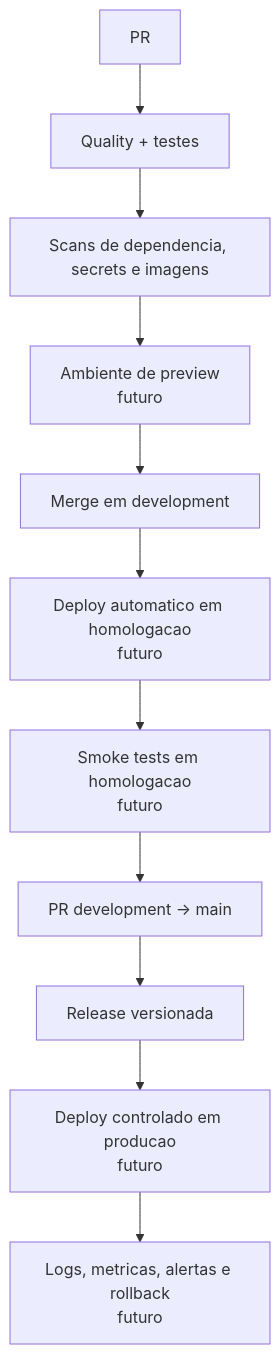
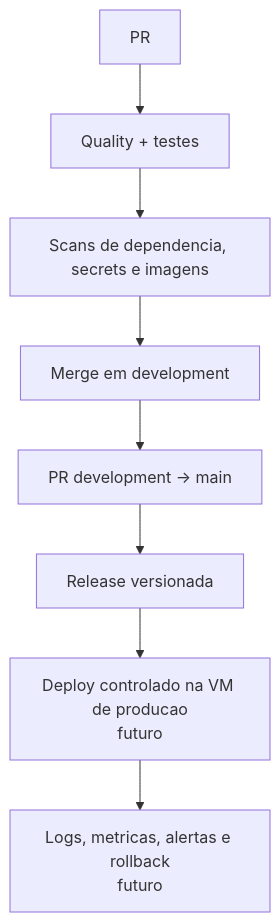
Before and after one commit to ifpebj-ti/inventario-patrimonio-cces: the fourth of 4 diagrams in docs/wiki/Esteira-de-CI-CD.md, drawn with Mermaid. The commit also changed other lines of this file and 4 other files, not shown here.

````diff
--- a/docs/wiki/Esteira-de-CI-CD.md
+++ b/docs/wiki/Esteira-de-CI-CD.md
@@ -104,18 +97,15 @@
 ```mermaid
 flowchart TD
     pr["PR"]
     quality["Quality + testes"]
     scans["Scans de dependencia, secrets e imagens"]
-    preview["Ambiente de preview<br/>futuro"]
     devMerge["Merge em development"]
-    deployDev["Deploy automatico em homologacao<br/>futuro"]
-    smokeDev["Smoke tests em homologacao<br/>futuro"]
     promote["PR development -> main"]
     release["Release versionada"]
-    deployProd["Deploy controlado em producao<br/>futuro"]
+    deployProd["Deploy controlado na VM de producao<br/>futuro"]
     monitor["Logs, metricas, alertas e rollback<br/>futuro"]
 
-    pr --> quality --> scans --> preview --> devMerge
-    devMerge --> deployDev --> smokeDev --> promote
+    pr --> quality --> scans --> devMerge
+    devMerge --> promote
     promote --> release --> deployProd --> monitor
 ```
````
